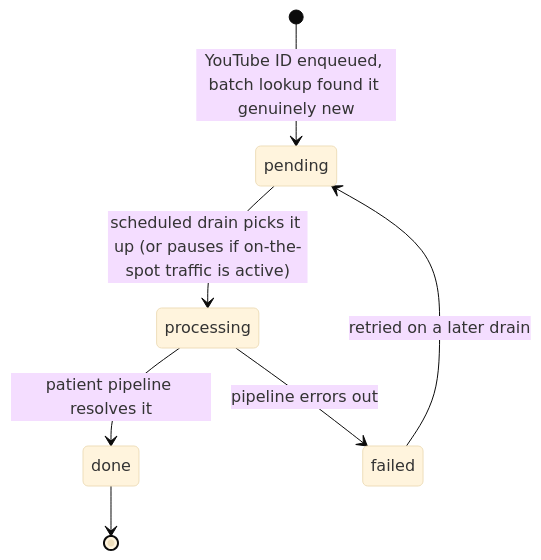
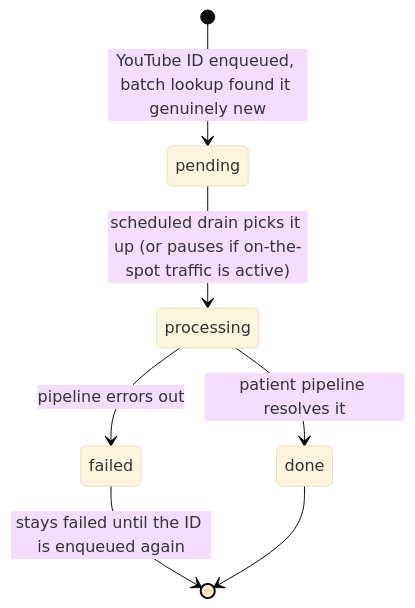
Before and after one commit to dariusturcu22/hittiguess: the third of 3 diagrams in docs/SYSTEM_REFERENCE.md, drawn with Mermaid (base theme). The commit also changed 2 other files, not shown here.

Commit message:
Documentation matches the Azure deployment and the missing failed-item retry
AGENTS.md named Fly.io as the current backend host. SYSTEM_REFERENCE.md showed failed backlog items returning to pending, but the drain only reads pending rows. TASKS.md drops the finished key rotation, keeps the key restriction check, and lists the seeding redesign work.

````diff
--- a/docs/SYSTEM_REFERENCE.md
+++ b/docs/SYSTEM_REFERENCE.md
@@ -314,9 +314,9 @@
 ```mermaid
 stateDiagram-v2
     [*] --> pending: YouTube ID enqueued, batch lookup found it genuinely new
     pending --> processing: scheduled drain picks it up (or pauses if on-the-spot traffic is active)
     processing --> done: patient pipeline resolves it
     processing --> failed: pipeline errors out
-    failed --> pending: retried on a later drain
+    failed --> [*]: stays failed until the ID is enqueued again
     done --> [*]
 ```
````
